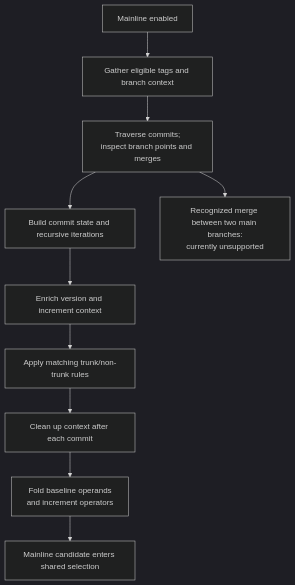
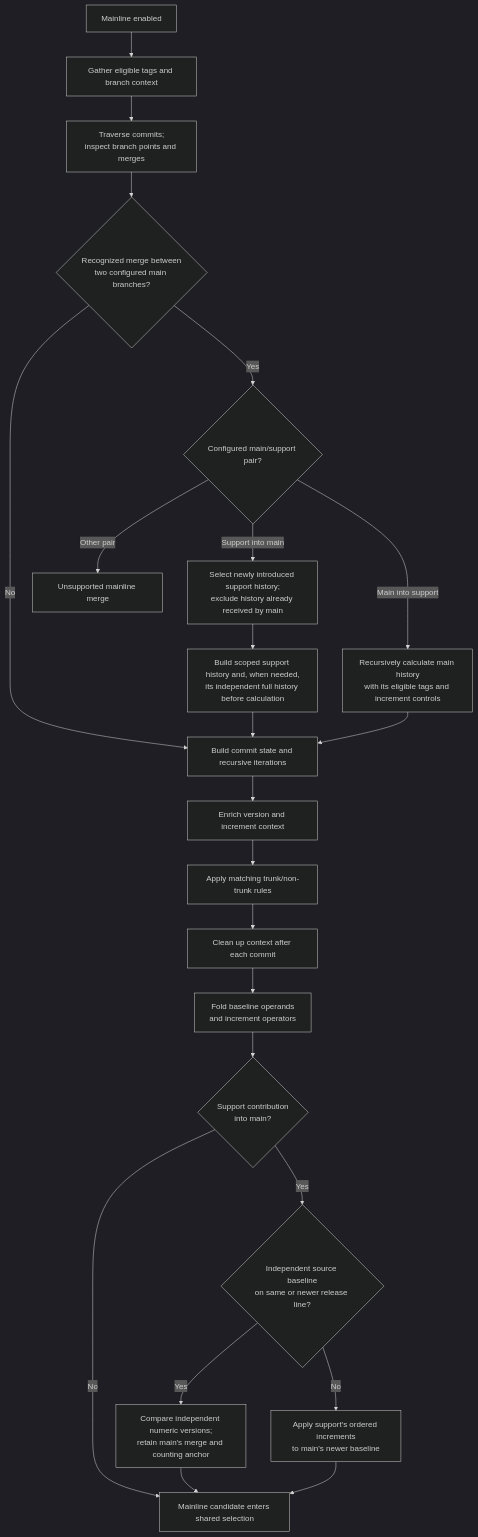
One commit to GitTools/GitVersion changed the diagram in docs/diagrams/VersionCalculation_Mainline.mmd. Above: the diagram before and after it, drawn with Mermaid (dark theme). The commit also changed 8 other files, not shown here.

Commit message:
docs: align calculation guide with mainline support merges

```diff
--- a/docs/diagrams/VersionCalculation_Mainline.mmd
+++ b/docs/diagrams/VersionCalculation_Mainline.mmd
@@ -1,10 +1,23 @@
 flowchart TD
     Enabled["Mainline enabled"] --> Tags["Gather eligible tags and branch context"]
     Tags --> Traverse["Traverse commits;<br/>inspect branch points and merges"]
-    Traverse --> State["Build commit state and recursive iterations"]
+    Traverse --> MainPair{"Recognized merge between<br/>two configured main branches?"}
+    MainPair -->|No| State["Build commit state and recursive iterations"]
+    MainPair -->|Yes| Direction{"Configured main/support pair?"}
+    Direction -->|Other pair| Unsupported["Unsupported mainline merge"]
+    Direction -->|Support into main| Scope["Select newly introduced support history;<br/>exclude history already received by main"]
+    Scope --> Histories["Build scoped support history and, when needed,<br/>its independent full history before calculation"]
+    Histories --> State
+    Direction -->|Main into support| Recursive["Recursively calculate main history<br/>with its eligible tags and increment controls"]
+    Recursive --> State
     State --> Pre["Enrich version and increment context"]
     Pre --> Rules["Apply matching trunk/non-trunk rules"]
     Rules --> Post["Clean up context after each commit"]
     Post --> Fold["Fold baseline operands<br/>and increment operators"]
-    Fold --> Candidate["Mainline candidate enters shared selection"]
-    Traverse --> Unsupported["Recognized merge between two main branches:<br/>currently unsupported"]
+    Fold --> Support{"Support contribution<br/>into main?"}
+    Support -->|No| Candidate["Mainline candidate enters shared selection"]
+    Support -->|Yes| ReleaseLine{"Independent source baseline<br/>on same or newer release line?"}
+    ReleaseLine -->|Yes| Floor["Compare independent numeric versions;<br/>retain main's merge and counting anchor"]
+    ReleaseLine -->|No| Ordered["Apply support's ordered increments<br/>to main's newer baseline"]
+    Floor --> Candidate
+    Ordered --> Candidate
```
